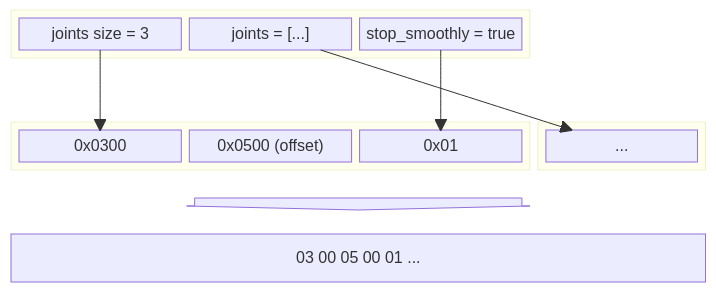
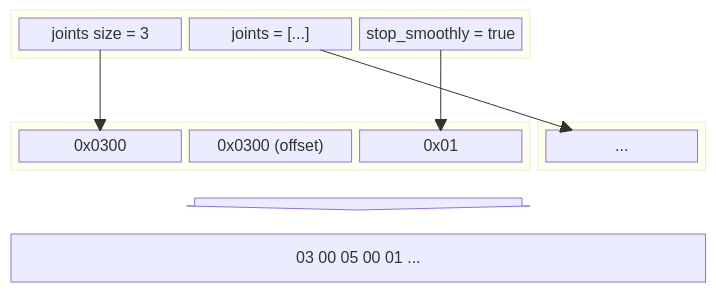
Before and after one commit to ZachDaChampion/simple-buffers: the third of 5 diagrams in README.md, drawn with Mermaid. The commit also changed other lines of this file, not shown here.

Commit message:
Correct offset values in readme

````diff
--- a/README.md
+++ b/README.md
@@ -154,28 +154,28 @@
 ```mermaid
 block-beta
     columns 4
 
     block:raw:3
         rawjointslen["joints size = 3"]
         rawjoints["joints = [...]"]
         rawstop["stop_smoothly = true"]
     end
     space
     space:4
     block:serstatic:3
         serjointslen["0x0300"]
-        serjointsptr["0x0500 (offset)"]
+        serjointsptr["0x0300 (offset)"]
         serstop["0x01"]
     end
     block:serdyn:1
         serjointsdata["..."]
     end
     space:1 down<[" "]>(down):2 space:1
     block:final:4
         final["03 00 05 00 01 ..."]:4
     end
 
     rawjoints-->serjointsdata
     rawjointslen-->serjointslen
     rawstop-->serstop
 ```
````
